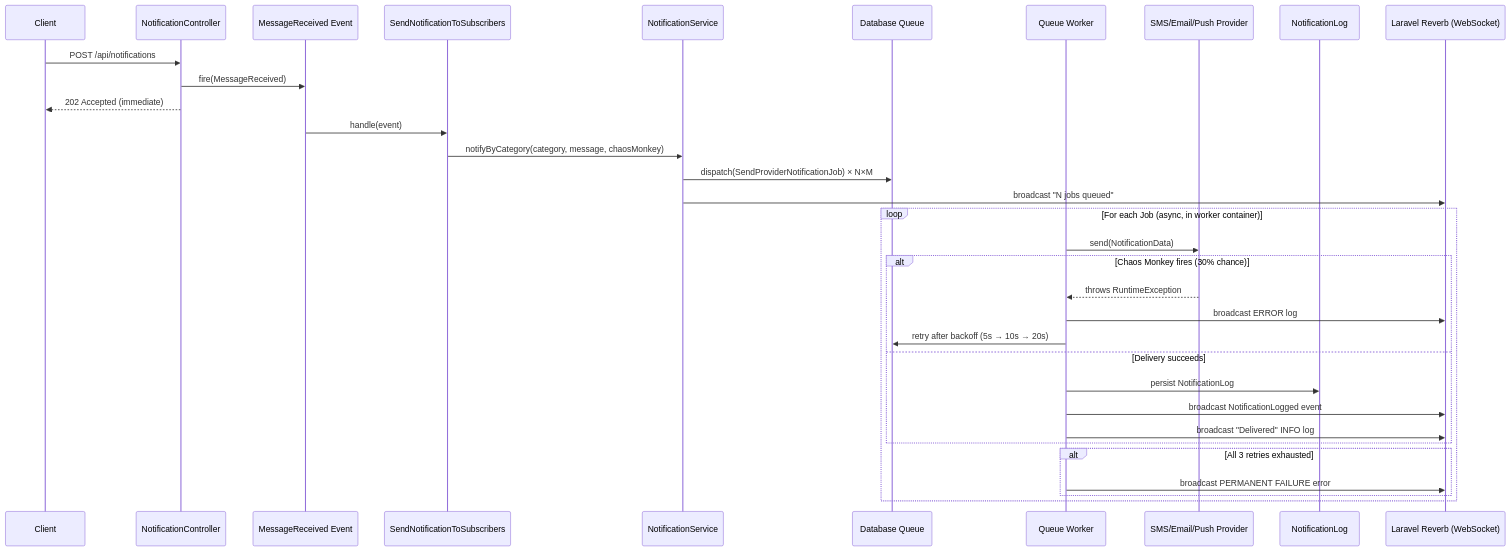
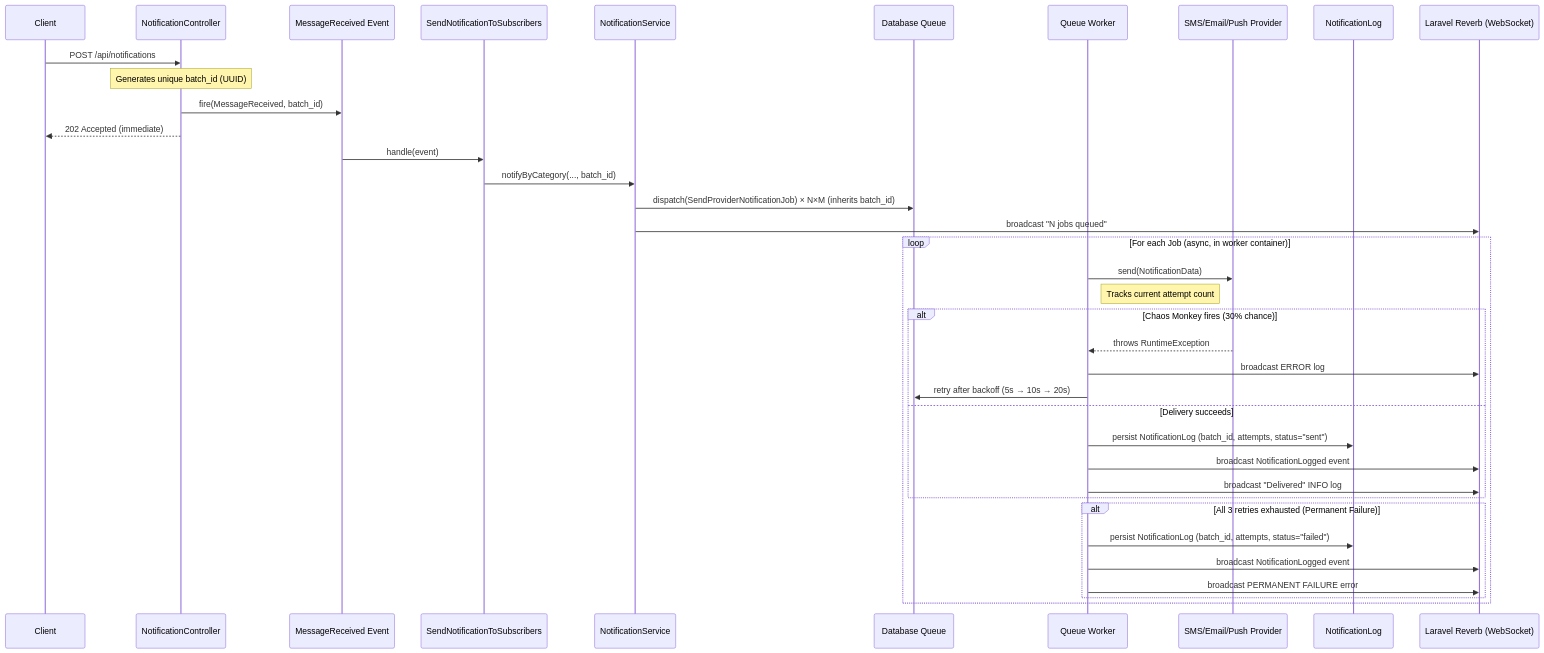
Before and after one commit to escoffie/escoffienews: the first of 2 diagrams in docs/architecture.md, drawn with Mermaid. The commit also changed other lines of this file and 6 other files, not shown here.

Commit message:
Implement enhanced history UI with traceability, batch grouping, and failure logging

````diff
--- a/docs/architecture.md
+++ b/docs/architecture.md
@@ -9,38 +9,42 @@
 ```mermaid
 sequenceDiagram
     participant Client
     participant API as NotificationController
     participant Event as MessageReceived Event
     participant Listener as SendNotificationToSubscribers
     participant Service as NotificationService
     participant Queue as Database Queue
     participant Worker as Queue Worker
     participant Provider as SMS/Email/Push Provider
     participant Log as NotificationLog
     participant WS as Laravel Reverb (WebSocket)
 
     Client->>API: POST /api/notifications
-    API->>Event: fire(MessageReceived)
+    Note over API: Generates unique batch_id (UUID)
+    API->>Event: fire(MessageReceived, batch_id)
     API-->>Client: 202 Accepted (immediate)
 
     Event->>Listener: handle(event)
-    Listener->>Service: notifyByCategory(category, message, chaosMonkey)
-    Service->>Queue: dispatch(SendProviderNotificationJob) × N×M
+    Listener->>Service: notifyByCategory(..., batch_id)
+    Service->>Queue: dispatch(SendProviderNotificationJob) × N×M (inherits batch_id)
     Service->>WS: broadcast "N jobs queued"
 
     loop For each Job (async, in worker container)
         Worker->>Provider: send(NotificationData)
+        Note right of Worker: Tracks current attempt count
         alt Chaos Monkey fires (30% chance)
             Provider-->>Worker: throws RuntimeException
             Worker->>WS: broadcast ERROR log
             Worker->>Queue: retry after backoff (5s → 10s → 20s)
         else Delivery succeeds
-            Worker->>Log: persist NotificationLog
+            Worker->>Log: persist NotificationLog (batch_id, attempts, status="sent")
             Worker->>WS: broadcast NotificationLogged event
             Worker->>WS: broadcast "Delivered" INFO log
         end
-        alt All 3 retries exhausted
+        alt All 3 retries exhausted (Permanent Failure)
+            Worker->>Log: persist NotificationLog (batch_id, attempts, status="failed")
+            Worker->>WS: broadcast NotificationLogged event
             Worker->>WS: broadcast PERMANENT FAILURE error
         end
     end
 ```
````
